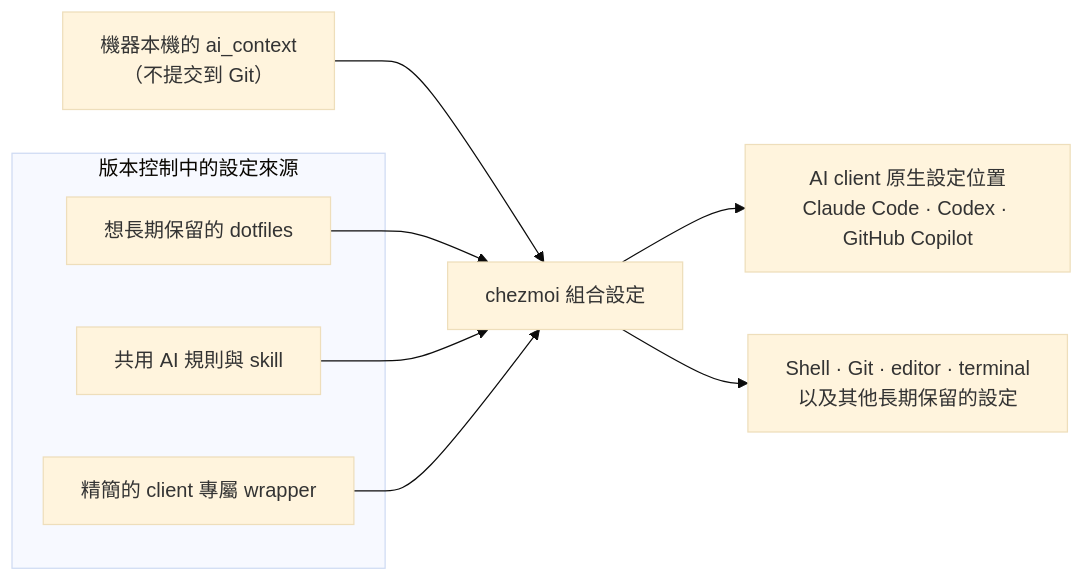
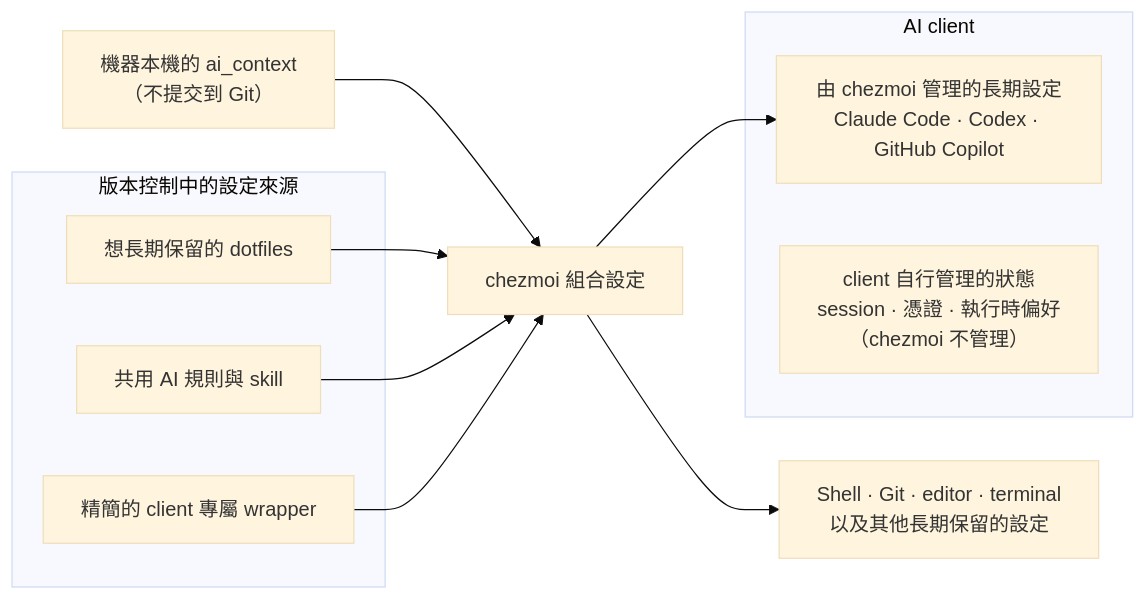
One commit to sherrilla71940/dotfiles changed the diagram in README.zh-TW.md. Above: the diagram before and after it, drawn with Mermaid (base theme). The commit also changed other lines of this file and 1 other file, not shown here.

````diff
--- a/README.zh-TW.md
+++ b/README.zh-TW.md
@@ -22,14 +22,18 @@
 ```mermaid
 flowchart LR
     subgraph source["版本控制中的設定來源"]
         dotfiles["想長期保留的 dotfiles"]
         shared["共用 AI 規則與 skill"]
         adapters["精簡的 client 專屬 wrapper"]
     end
     profile["機器本機的 ai_context<br/>（不提交到 Git）"] --> render["chezmoi 組合設定"]
     dotfiles --> render
     shared --> render
     adapters --> render
-    render --> ai["AI client 原生設定位置<br/>Claude Code · Codex · GitHub Copilot"]
+    subgraph clients["AI client"]
+        ai["由 chezmoi 管理的長期設定<br/>Claude Code · Codex · GitHub Copilot"]
+        appstate["client 自行管理的狀態<br/>session · 憑證 · 執行時偏好<br/>（chezmoi 不管理）"]
+    end
+    render --> ai
     render --> settings["Shell · Git · editor · terminal<br/>以及其他長期保留的設定"]
 ```
````
